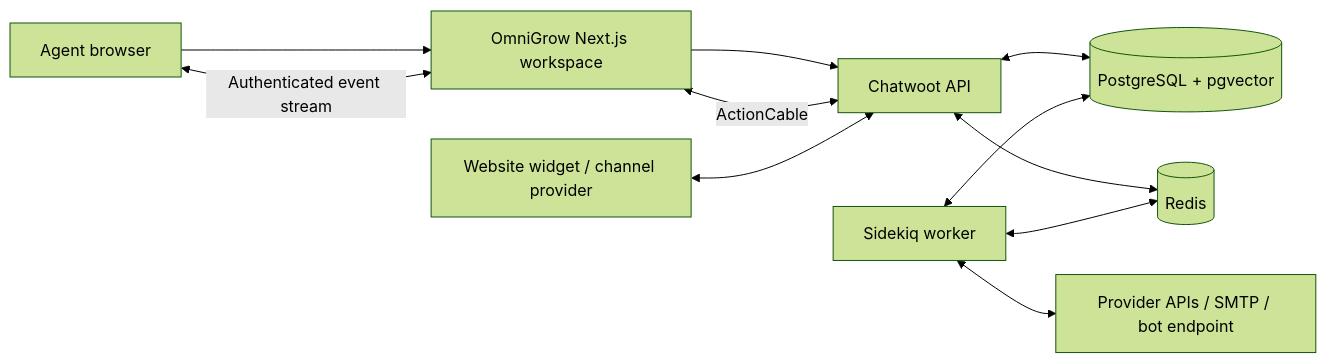
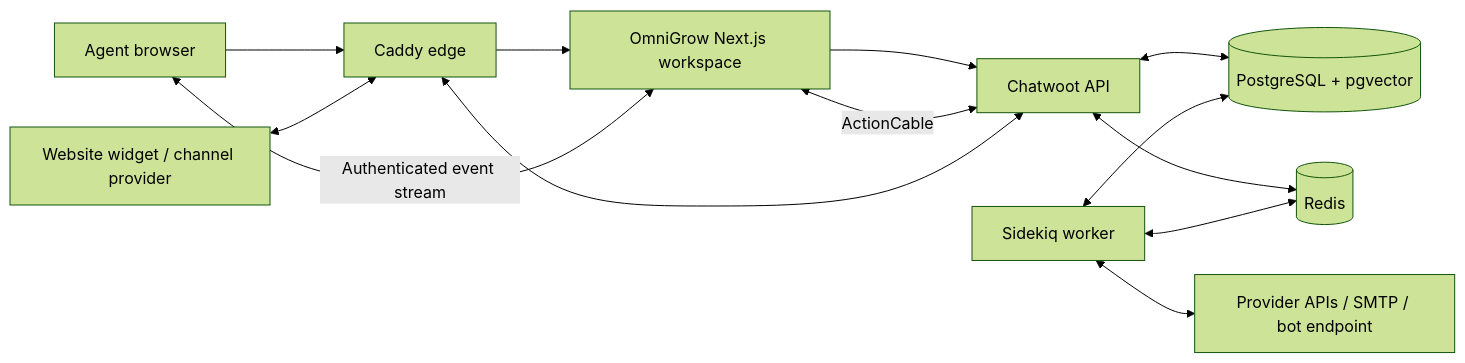
Before and after one commit to Oudoo/omni-grow: the diagram in docs/ARCHITECTURE.md, drawn with Mermaid (forest theme). The commit also changed other lines of this file and 55 other files, not shown here.

````diff
--- a/docs/ARCHITECTURE.md
+++ b/docs/ARCHITECTURE.md
@@ -3,13 +3,15 @@
 ```mermaid
 flowchart LR
-  Agent[Agent browser] --> App[OmniGrow Next.js workspace]
+  Agent[Agent browser] --> Caddy[Caddy edge]
+  Caddy --> App[OmniGrow Next.js workspace]
   App --> Engine[Chatwoot API]
   Agent <-->|Authenticated event stream| App
   App <-->|ActionCable| Engine
-  Customer[Website widget / channel provider] <--> Engine
+  Customer[Website widget / channel provider] <--> Caddy
+  Caddy <--> Engine
   Engine <--> DB[(PostgreSQL + pgvector)]
   Engine <--> Redis[(Redis)]
   Worker[Sidekiq worker] <--> DB
   Worker <--> Redis
   Worker <--> Providers[Provider APIs / SMTP / bot endpoint]
 ```
````
